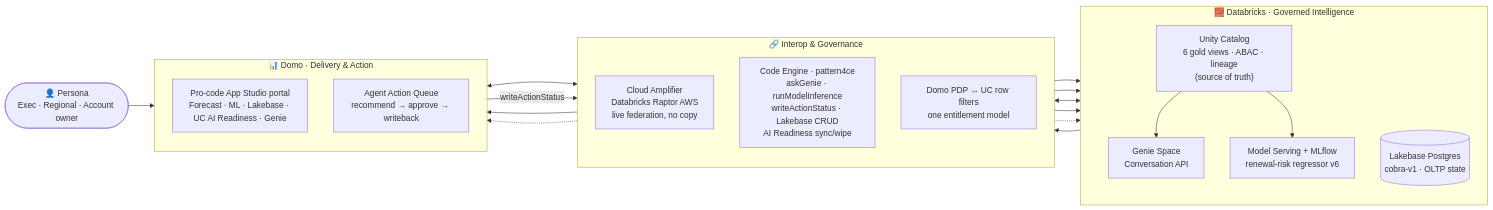
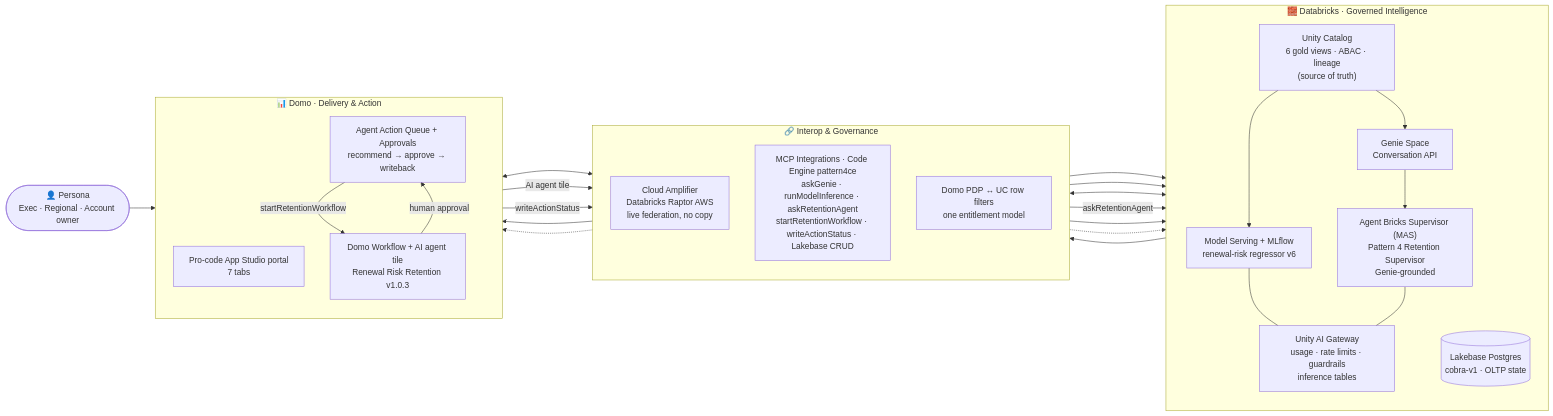
Before and after one commit to cassidythilton/dbais-2026-revenue-command-center: the diagram in README.md, drawn with Mermaid. The commit also changed other lines of this file and 56 other files, not shown here.

First line of the commit message:
Action Journey timeline (live, agent-to-agent), branded iconography, QoL fixes + README reconcile

````diff
--- a/README.md
+++ b/README.md
@@ -123,37 +142,45 @@
 ```mermaid
 flowchart LR
   user(["👤 Persona<br/>Exec · Regional · Account owner"])
 
   subgraph DBX["🧱 Databricks · Governed Intelligence"]
     direction TB
     UC["Unity Catalog<br/>6 gold views · ABAC · lineage<br/>(source of truth)"]
     GENIE["Genie Space<br/>Conversation API"]
+    MAS["Agent Bricks Supervisor (MAS)<br/>Pattern 4 Retention Supervisor<br/>Genie-grounded"]
     ML["Model Serving + MLflow<br/>renewal-risk regressor v6"]
+    GW["Unity AI Gateway<br/>usage · rate limits · guardrails<br/>inference tables"]
     LB[("Lakebase Postgres<br/>cobra-v1 · OLTP state")]
   end
 
   subgraph IO["🔗 Interop &amp; Governance"]
     direction TB
     CA["Cloud Amplifier<br/>Databricks Raptor AWS<br/>live federation, no copy"]
-    CE["Code Engine · pattern4ce<br/>askGenie · runModelInference<br/>writeActionStatus · Lakebase CRUD<br/>AI Readiness sync/wipe"]
+    CE["MCP Integrations · Code Engine pattern4ce<br/>askGenie · runModelInference · askRetentionAgent<br/>startRetentionWorkflow · writeActionStatus · Lakebase CRUD"]
     PDP["Domo PDP ↔ UC row filters<br/>one entitlement model"]
   end
 
   subgraph DOMO["📊 Domo · Delivery &amp; Action"]
     direction TB
-    APP["Pro-code App Studio portal<br/>Forecast · ML · Lakebase · UC AI Readiness · Genie"]
-    AQ["Agent Action Queue<br/>recommend → approve → writeback"]
+    APP["Pro-code App Studio portal<br/>7 tabs"]
+    WF["Domo Workflow + AI agent tile<br/>Renewal Risk Retention v1.0.3"]
+    AQ["Agent Action Queue + Approvals<br/>recommend → approve → writeback"]
   end
 
   UC --> CA --> APP
-  UC --> GENIE
+  UC --> GENIE --> MAS
   UC --> ML
+  ML --- GW
+  MAS --- GW
   APP <--> CE
   CE --> GENIE
   CE --> ML
   CE <--> LB
+  AQ -->|startRetentionWorkflow| WF
+  WF -->|AI agent tile| CE -->|askRetentionAgent| MAS
+  WF -->|human approval| AQ
   AQ -->|writeActionStatus| CE --> UC
   user --> APP
   PDP -.-> APP
   PDP -.-> UC
 ```
````
